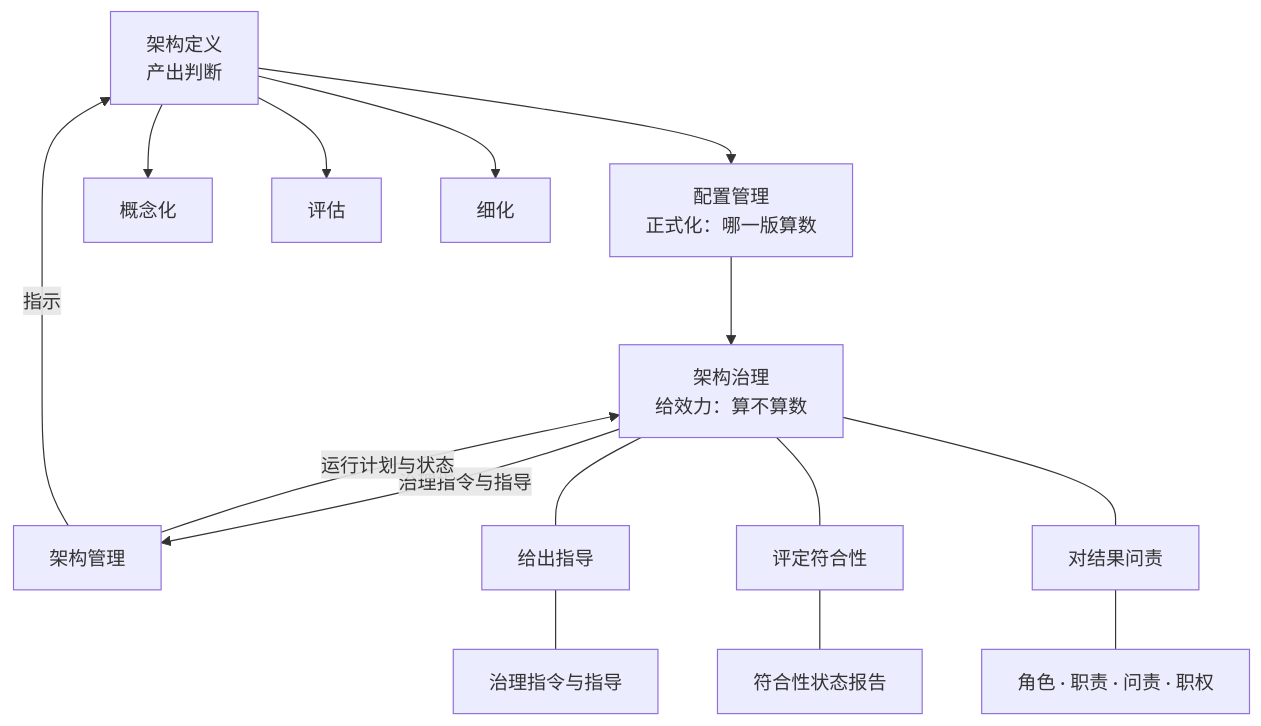
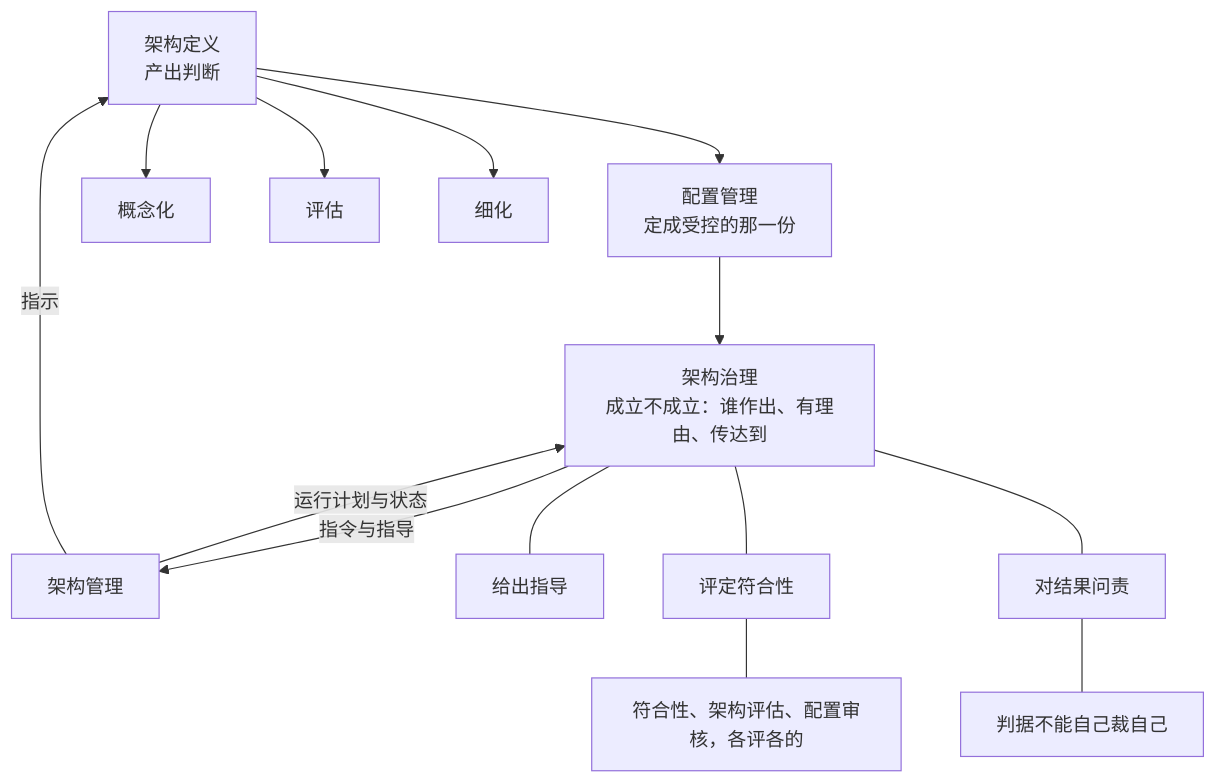
One commit to Yongjunzhou/business-Engineering changed the diagram in 10-系统工程研究/03-架构师是个怎样的物种/16-第16章-架构治理-立规矩，对结果问责.md. Above: the diagram before and after it, drawn with Mermaid. The commit also changed other lines of this file and 10 other files, not shown here.

````diff
--- a/10-系统工程研究/03-架构师是个怎样的物种/16-第16章-架构治理-立规矩，对结果问责.md
+++ b/10-系统工程研究/03-架构师是个怎样的物种/16-第16章-架构治理-立规矩，对结果问责.md
@@ -582,17 +379,16 @@
 ```mermaid
 flowchart TB
-  A["架构定义<br/>产出判断"] --> B["配置管理<br/>正式化：哪一版算数"]
-  B --> C["架构治理<br/>给效力：算不算数"]
-  C -- "治理指令与指导" --> M["架构管理"]
+  A["架构定义<br/>产出判断"] --> B["配置管理<br/>定成受控的那一份"]
+  B --> C["架构治理<br/>成立不成立：谁作出、有理由、传达到"]
+  C -- "指令与指导" --> M["架构管理"]
   M -- "运行计划与状态" --> C
   M -- "指示" --> A
   A --> A1["概念化"]
   A --> A2["评估"]
   A --> A3["细化"]
   C --- C1["给出指导"]
   C --- C2["评定符合性"]
   C --- C3["对结果问责"]
-  C1 --- C11["治理指令与指导"]
-  C2 --- C21["符合性状态报告"]
-  C3 --- C31["角色 · 职责 · 问责 · 职权"]
+  C3 --- D1["判据不能自己裁自己"]
+  C2 --- D2["符合性、架构评估、配置审核，各评各的"]
 ```
````
